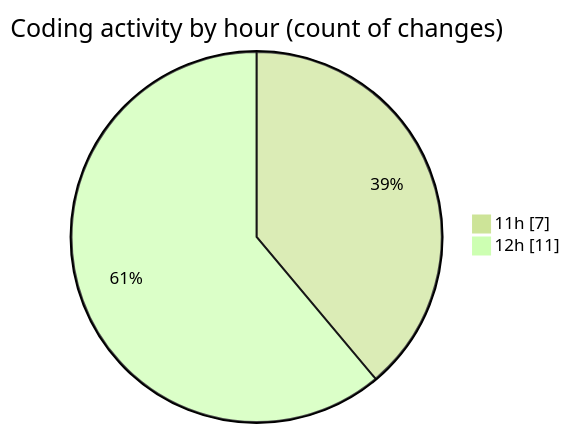
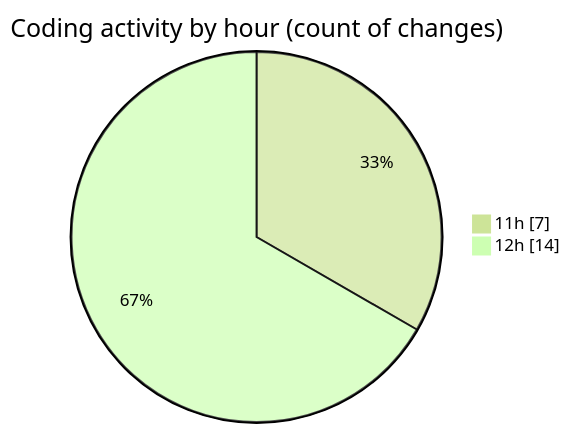
Before and after one commit to LanceThiago/code-tracking: the second of 2 diagrams in 2025-01-08/nueva_carpeta/README.md, drawn with Mermaid (forest theme). The commit also changed other lines of this file and 1 other file, not shown here.

````diff
--- a/2025-01-08/nueva_carpeta/README.md
+++ b/2025-01-08/nueva_carpeta/README.md
@@ -28,6 +28,6 @@
 ```mermaid
 pie showData
 title Coding activity by hour (count of changes)
 "11h" : 7
-"12h" : 11
+"12h" : 14
 ```
````
